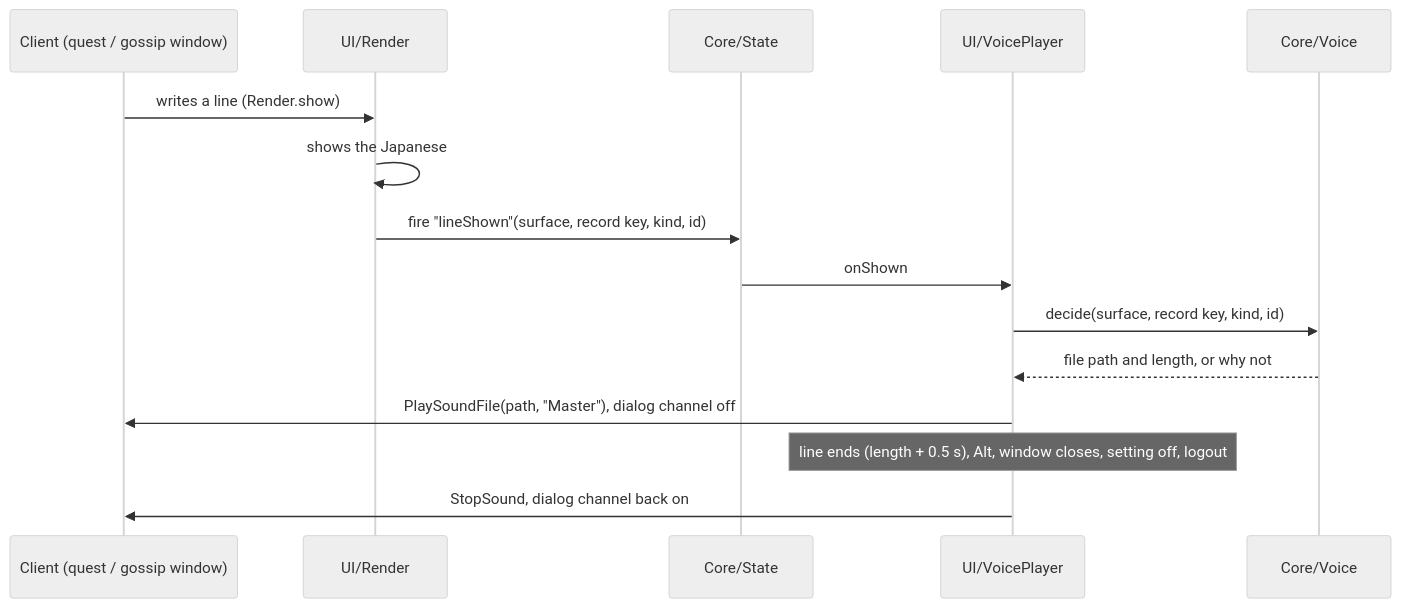
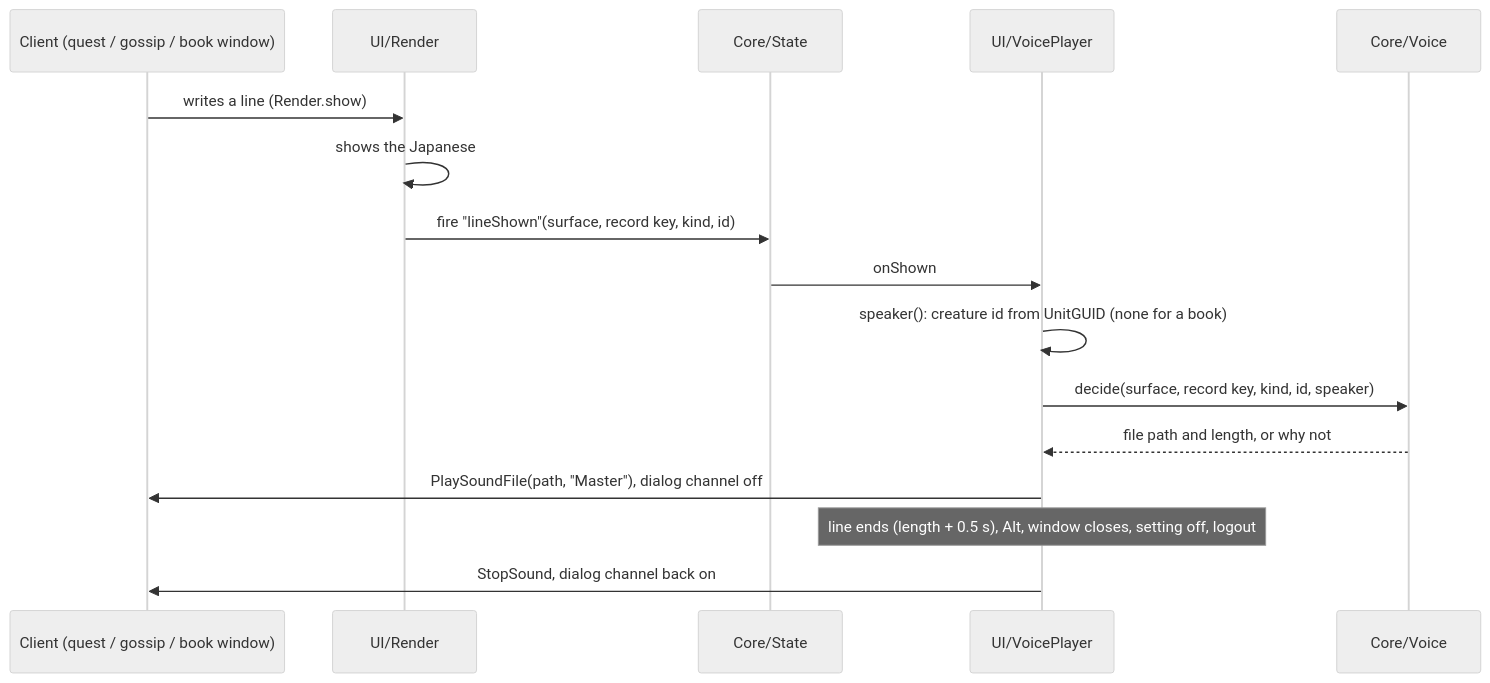
The diagram in docs/systems/voice.md (zyaga/wow-forever-japanese), drawn with Mermaid (neutral theme) before and after one commit. The commit also changed other lines of this file and 8 other files, not shown here.

````diff
--- a/docs/systems/voice.md
+++ b/docs/systems/voice.md
@@ -9,17 +9,18 @@
 ```mermaid
 sequenceDiagram
-  participant C as Client (quest / gossip window)
+  participant C as Client (quest / gossip / book window)
   participant R as UI/Render
   participant S as Core/State
   participant P as UI/VoicePlayer
   participant V as Core/Voice
   C->>R: writes a line (Render.show)
   R->>R: shows the Japanese
   R->>S: fire "lineShown"(surface, record key, kind, id)
   S->>P: onShown
-  P->>V: decide(surface, record key, kind, id)
+  P->>P: speaker(): creature id from UnitGUID (none for a book)
+  P->>V: decide(surface, record key, kind, id, speaker)
   V-->>P: file path and length, or why not
   P->>C: PlaySoundFile(path, "Master"), dialog channel off
   Note over P: line ends (length + 0.5 s), Alt, window closes, setting off, logout
   P->>C: StopSound, dialog channel back on
 ```
````
